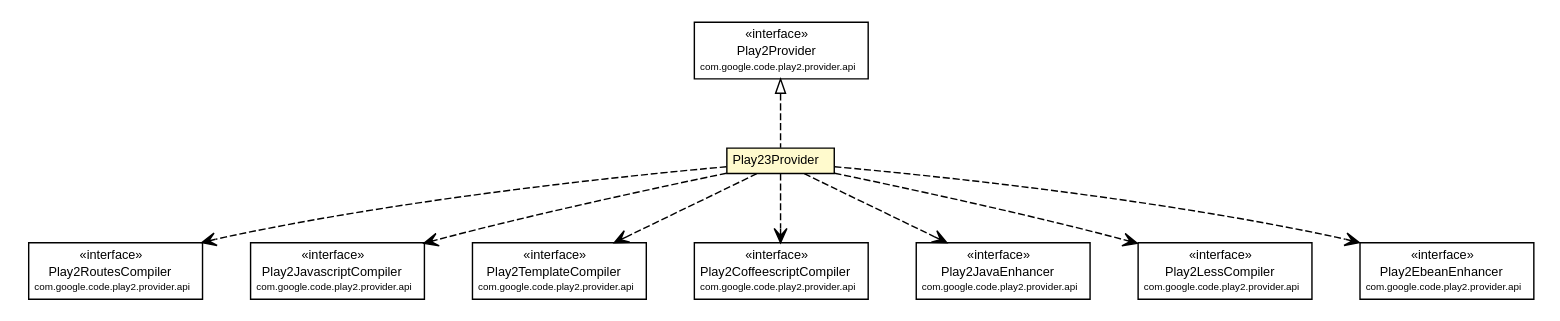
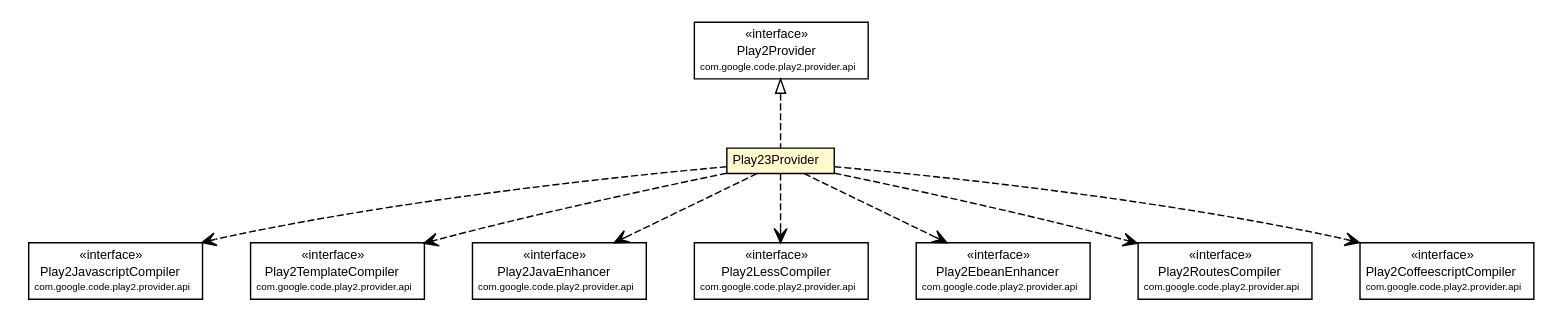
Before and after one commit to wouterhardeman/play2-maven-plugin: the diagram in mavensite/1.0.0-beta2-SNAPSHOT/play2-providers/play2-provider-play23/apidocs/com/google/code/play2/provider/play23/Play23Provider.dot, drawn with Graphviz. The commit also changed 240 other files, not shown here.

```diff
--- a/mavensite/1.0.0-beta2-SNAPSHOT/play2-providers/play2-provider-play23/apidocs/com/google/code/play2/provider/play23/Play23Provider.dot
+++ b/mavensite/1.0.0-beta2-SNAPSHOT/play2-providers/play2-provider-play23/apidocs/com/google/code/play2/provider/play23/Play23Provider.dot
@@ -1,98 +1,98 @@
 #!/usr/local/bin/dot
 #
 # Class diagram 
 # Generated by UMLGraph version R5_6-24-gf6e263 (http://www.umlgraph.org/)
 #
 
 digraph G {
 	edge [fontname="arial",fontsize=10,labelfontname="arial",labelfontsize=10];
 	node [fontname="arial",fontsize=10,shape=plaintext];
 	nodesep=0.25;
 	ranksep=0.5;
 	// com.google.code.play2.provider.play23.Play23Provider
 	c177 [label=<<table title="com.google.code.play2.provider.play23.Play23Provider" border="0" cellborder="1" cellspacing="0" cellpadding="2" port="p" bgcolor="lemonChiffon" href="./Play23Provider.html">
 		<tr><td><table border="0" cellspacing="0" cellpadding="1">
 <tr><td align="center" balign="center"> Play23Provider </td></tr>
 		</table></td></tr>
 		</table>>, URL="./Play23Provider.html", fontname="arial", fontcolor="black", fontsize=9.0];
 	//com.google.code.play2.provider.play23.Play23Provider implements com.google.code.play2.provider.api.Play2Provider
 	c186:p -> c177:p [dir=back,arrowtail=empty,style=dashed];
+	// com.google.code.play2.provider.play23.Play23Provider DEPEND com.google.code.play2.provider.api.Play2JavascriptCompiler
+	c177:p -> c187:p [taillabel="", label="", headlabel="", fontname="arial", fontcolor="black", fontsize=10.0, color="black", arrowhead=open, style=dashed];
+	// com.google.code.play2.provider.play23.Play23Provider DEPEND com.google.code.play2.provider.api.Play2TemplateCompiler
+	c177:p -> c188:p [taillabel="", label="", headlabel="", fontname="arial", fontcolor="black", fontsize=10.0, color="black", arrowhead=open, style=dashed];
+	// com.google.code.play2.provider.play23.Play23Provider DEPEND com.google.code.play2.provider.api.Play2JavaEnhancer
+	c177:p -> c189:p [taillabel="", label="", headlabel="", fontname="arial", fontcolor="black", fontsize=10.0, color="black", arrowhead=open, style=dashed];
+	// com.google.code.play2.provider.play23.Play23Provider DEPEND com.google.code.play2.provider.api.Play2LessCompiler
+	c177:p -> c190:p [taillabel="", label="", headlabel="", fontname="arial", fontcolor="black", fontsize=10.0, color="black", arrowhead=open, style=dashed];
+	// com.google.code.play2.provider.play23.Play23Provider DEPEND com.google.code.play2.provider.api.Play2EbeanEnhancer
+	c177:p -> c191:p [taillabel="", label="", headlabel="", fontname="arial", fontcolor="black", fontsize=10.0, color="black", arrowhead=open, style=dashed];
 	// com.google.code.play2.provider.play23.Play23Provider DEPEND com.google.code.play2.provider.api.Play2RoutesCompiler
-	c177:p -> c187:p [taillabel="", label="", headlabel="", fontname="arial", fontcolor="black", fontsize=10.0, color="black", arrowhead=open, style=dashed];
-	// com.google.code.play2.provider.play23.Play23Provider DEPEND com.google.code.play2.provider.api.Play2JavascriptCompiler
-	c177:p -> c188:p [taillabel="", label="", headlabel="", fontname="arial", fontcolor="black", fontsize=10.0, color="black", arrowhead=open, style=dashed];
-	// com.google.code.play2.provider.play23.Play23Provider DEPEND com.google.code.play2.provider.api.Play2TemplateCompiler
-	c177:p -> c189:p [taillabel="", label="", headlabel="", fontname="arial", fontcolor="black", fontsize=10.0, color="black", arrowhead=open, style=dashed];
+	c177:p -> c192:p [taillabel="", label="", headlabel="", fontname="arial", fontcolor="black", fontsize=10.0, color="black", arrowhead=open, style=dashed];
 	// com.google.code.play2.provider.play23.Play23Provider DEPEND com.google.code.play2.provider.api.Play2CoffeescriptCompiler
-	c177:p -> c190:p [taillabel="", label="", headlabel="", fontname="arial", fontcolor="black", fontsize=10.0, color="black", arrowhead=open, style=dashed];
-	// com.google.code.play2.provider.play23.Play23Provider DEPEND com.google.code.play2.provider.api.Play2JavaEnhancer
-	c177:p -> c191:p [taillabel="", label="", headlabel="", fontname="arial", fontcolor="black", fontsize=10.0, color="black", arrowhead=open, style=dashed];
-	// com.google.code.play2.provider.play23.Play23Provider DEPEND com.google.code.play2.provider.api.Play2LessCompiler
-	c177:p -> c192:p [taillabel="", label="", headlabel="", fontname="arial", fontcolor="black", fontsize=10.0, color="black", arrowhead=open, style=dashed];
-	// com.google.code.play2.provider.play23.Play23Provider DEPEND com.google.code.play2.provider.api.Play2EbeanEnhancer
 	c177:p -> c193:p [taillabel="", label="", headlabel="", fontname="arial", fontcolor="black", fontsize=10.0, color="black", arrowhead=open, style=dashed];
 	// com.google.code.play2.provider.api.Play2LessCompiler
-	c192 [label=<<table title="com.google.code.play2.provider.api.Play2LessCompiler" border="0" cellborder="1" cellspacing="0" cellpadding="2" port="p">
+	c190 [label=<<table title="com.google.code.play2.provider.api.Play2LessCompiler" border="0" cellborder="1" cellspacing="0" cellpadding="2" port="p">
 		<tr><td><table border="0" cellspacing="0" cellpadding="1">
 <tr><td align="center" balign="center"> &#171;interface&#187; </td></tr>
 <tr><td align="center" balign="center"> Play2LessCompiler </td></tr>
 <tr><td align="center" balign="center"><font point-size="7.0"> com.google.code.play2.provider.api </font></td></tr>
 		</table></td></tr>
 		</table>>, URL="null", fontname="arial", fontcolor="black", fontsize=9.0];
 	// com.google.code.play2.provider.api.Play2EbeanEnhancer
-	c193 [label=<<table title="com.google.code.play2.provider.api.Play2EbeanEnhancer" border="0" cellborder="1" cellspacing="0" cellpadding="2" port="p">
+	c191 [label=<<table title="com.google.code.play2.provider.api.Play2EbeanEnhancer" border="0" cellborder="1" cellspacing="0" cellpadding="2" port="p">
 		<tr><td><table border="0" cellspacing="0" cellpadding="1">
 <tr><td align="center" balign="center"> &#171;interface&#187; </td></tr>
 <tr><td align="center" balign="center"> Play2EbeanEnhancer </td></tr>
 <tr><td align="center" balign="center"><font point-size="7.0"> com.google.code.play2.provider.api </font></td></tr>
 		</table></td></tr>
 		</table>>, URL="null", fontname="arial", fontcolor="black", fontsize=9.0];
 	// com.google.code.play2.provider.api.Play2CoffeescriptCompiler
-	c190 [label=<<table title="com.google.code.play2.provider.api.Play2CoffeescriptCompiler" border="0" cellborder="1" cellspacing="0" cellpadding="2" port="p">
+	c193 [label=<<table title="com.google.code.play2.provider.api.Play2CoffeescriptCompiler" border="0" cellborder="1" cellspacing="0" cellpadding="2" port="p">
 		<tr><td><table border="0" cellspacing="0" cellpadding="1">
 <tr><td align="center" balign="center"> &#171;interface&#187; </td></tr>
 <tr><td align="center" balign="center"> Play2CoffeescriptCompiler </td></tr>
 <tr><td align="center" balign="center"><font point-size="7.0"> com.google.code.play2.provider.api </font></td></tr>
 		</table></td></tr>
 		</table>>, URL="null", fontname="arial", fontcolor="black", fontsize=9.0];
 	// com.google.code.play2.provider.api.Play2JavaEnhancer
-	c191 [label=<<table title="com.google.code.play2.provider.api.Play2JavaEnhancer" border="0" cellborder="1" cellspacing="0" cellpadding="2" port="p">
+	c189 [label=<<table title="com.google.code.play2.provider.api.Play2JavaEnhancer" border="0" cellborder="1" cellspacing="0" cellpadding="2" port="p">
 		<tr><td><table border="0" cellspacing="0" cellpadding="1">
 <tr><td align="center" balign="center"> &#171;interface&#187; </td></tr>
 <tr><td align="center" balign="center"> Play2JavaEnhancer </td></tr>
 <tr><td align="center" balign="center"><font point-size="7.0"> com.google.code.play2.provider.api </font></td></tr>
 		</table></td></tr>
 		</table>>, URL="null", fontname="arial", fontcolor="black", fontsize=9.0];
 	// com.google.code.play2.provider.api.Play2RoutesCompiler
-	c187 [label=<<table title="com.google.code.play2.provider.api.Play2RoutesCompiler" border="0" cellborder="1" cellspacing="0" cellpadding="2" port="p">
+	c192 [label=<<table title="com.google.code.play2.provider.api.Play2RoutesCompiler" border="0" cellborder="1" cellspacing="0" cellpadding="2" port="p">
 		<tr><td><table border="0" cellspacing="0" cellpadding="1">
 <tr><td align="center" balign="center"> &#171;interface&#187; </td></tr>
 <tr><td align="center" balign="center"> Play2RoutesCompiler </td></tr>
 <tr><td align="center" balign="center"><font point-size="7.0"> com.google.code.play2.provider.api </font></td></tr>
 		</table></td></tr>
 		</table>>, URL="null", fontname="arial", fontcolor="black", fontsize=9.0];
 	// com.google.code.play2.provider.api.Play2JavascriptCompiler
-	c188 [label=<<table title="com.google.code.play2.provider.api.Play2JavascriptCompiler" border="0" cellborder="1" cellspacing="0" cellpadding="2" port="p">
+	c187 [label=<<table title="com.google.code.play2.provider.api.Play2JavascriptCompiler" border="0" cellborder="1" cellspacing="0" cellpadding="2" port="p">
 		<tr><td><table border="0" cellspacing="0" cellpadding="1">
 <tr><td align="center" balign="center"> &#171;interface&#187; </td></tr>
 <tr><td align="center" balign="center"> Play2JavascriptCompiler </td></tr>
 <tr><td align="center" balign="center"><font point-size="7.0"> com.google.code.play2.provider.api </font></td></tr>
 		</table></td></tr>
 		</table>>, URL="null", fontname="arial", fontcolor="black", fontsize=9.0];
 	// com.google.code.play2.provider.api.Play2Provider
 	c186 [label=<<table title="com.google.code.play2.provider.api.Play2Provider" border="0" cellborder="1" cellspacing="0" cellpadding="2" port="p">
 		<tr><td><table border="0" cellspacing="0" cellpadding="1">
 <tr><td align="center" balign="center"> &#171;interface&#187; </td></tr>
 <tr><td align="center" balign="center"> Play2Provider </td></tr>
 <tr><td align="center" balign="center"><font point-size="7.0"> com.google.code.play2.provider.api </font></td></tr>
 		</table></td></tr>
 		</table>>, URL="null", fontname="arial", fontcolor="black", fontsize=9.0];
 	// com.google.code.play2.provider.api.Play2TemplateCompiler
-	c189 [label=<<table title="com.google.code.play2.provider.api.Play2TemplateCompiler" border="0" cellborder="1" cellspacing="0" cellpadding="2" port="p">
+	c188 [label=<<table title="com.google.code.play2.provider.api.Play2TemplateCompiler" border="0" cellborder="1" cellspacing="0" cellpadding="2" port="p">
 		<tr><td><table border="0" cellspacing="0" cellpadding="1">
 <tr><td align="center" balign="center"> &#171;interface&#187; </td></tr>
 <tr><td align="center" balign="center"> Play2TemplateCompiler </td></tr>
 <tr><td align="center" balign="center"><font point-size="7.0"> com.google.code.play2.provider.api </font></td></tr>
 		</table></td></tr>
 		</table>>, URL="null", fontname="arial", fontcolor="black", fontsize=9.0];
 }
```
